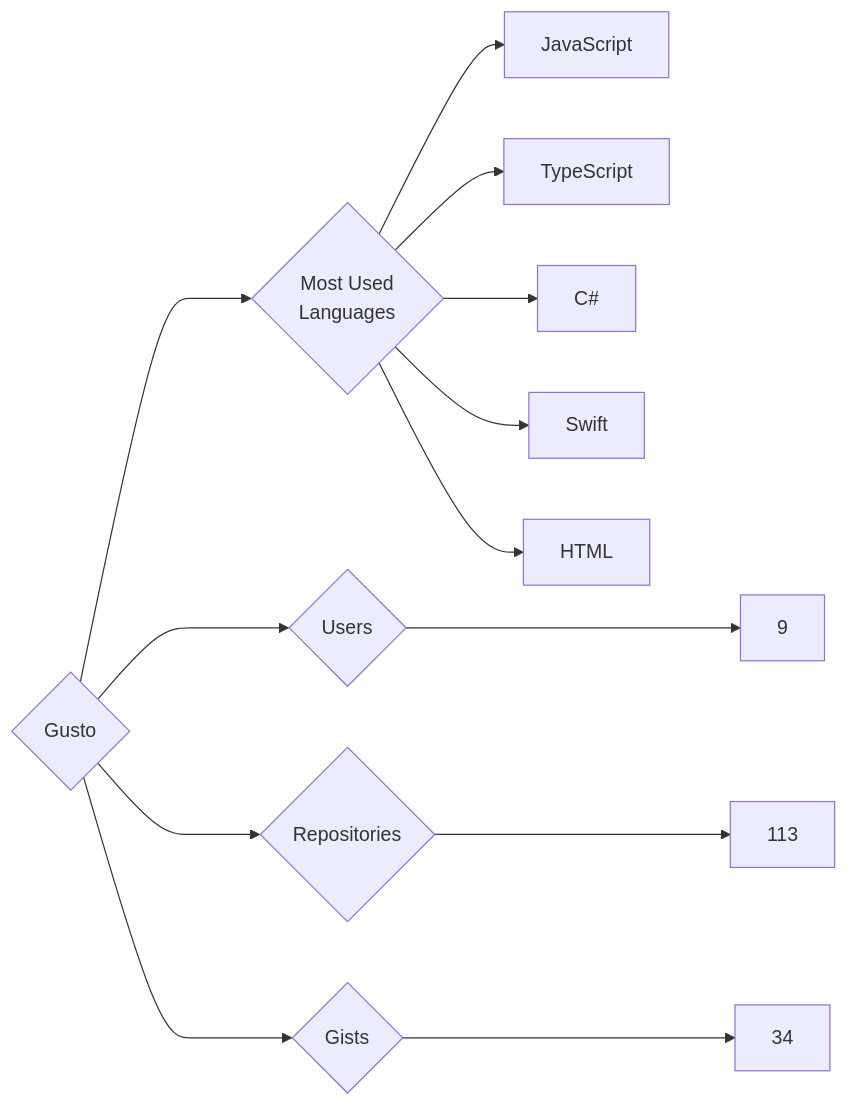
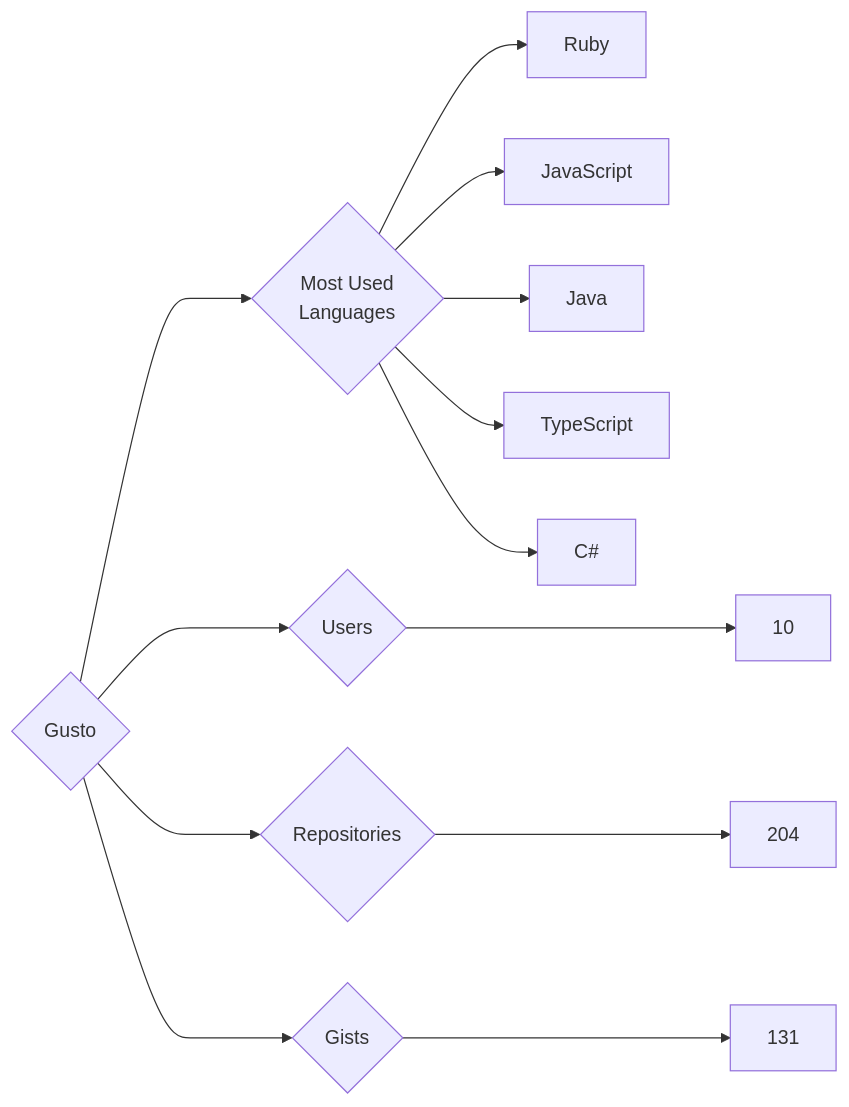
Before and after one commit to trickest/insiders: the diagram in targets/Gusto/README.md, drawn with Mermaid. The commit also changed 870 other files, not shown here.

````diff
--- a/targets/Gusto/README.md
+++ b/targets/Gusto/README.md
@@ -3,13 +3,13 @@
 ```mermaid
 graph LR
 COMPANY_NAME{Gusto}
-COMPANY_NAME ---> U{Users} ---> UN[9]
-COMPANY_NAME ---> R{Repositories} ---> RN[113]
-COMPANY_NAME ---> G{Gists} ---> GN[34]
+COMPANY_NAME ---> U{Users} ---> UN[10]
+COMPANY_NAME ---> R{Repositories} ---> RN[204]
+COMPANY_NAME ---> G{Gists} ---> GN[131]
 COMPANY_NAME ---> ML{Most Used<br>Languages}
+ML --> Ruby[Ruby]
 ML --> JavaScript[JavaScript]
+ML --> Java[Java]
 ML --> TypeScript[TypeScript]
 ML --> C#[C#]
-ML --> Swift[Swift]
-ML --> HTML[HTML]
 ```
````
